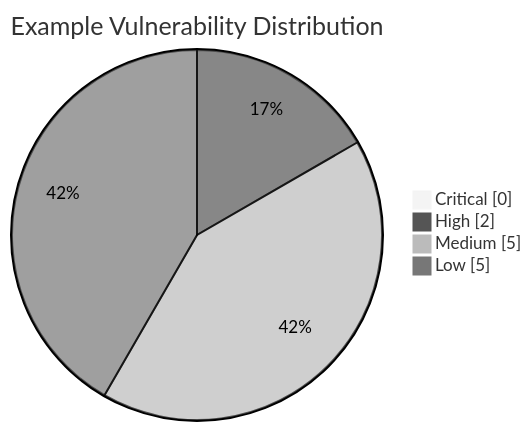
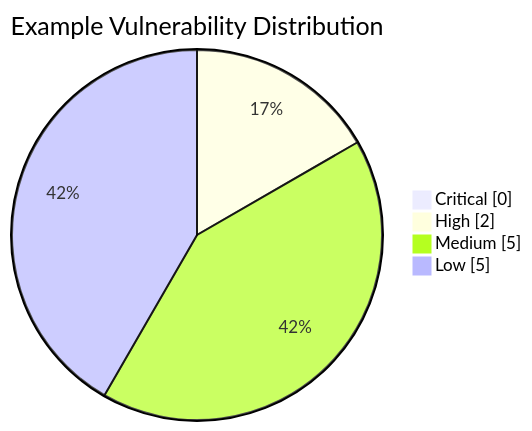
The seventh of 8 diagrams in README.md (sylvester-francis/Sentry), drawn with Mermaid before and after one commit. The commit also changed other lines of this file, not shown here.

````diff
--- a/README.md
+++ b/README.md
@@ -499,9 +494,8 @@
 ```mermaid
-%%{init: {'theme': 'neutral'}}%%
 pie showData
     title Example Vulnerability Distribution
     "Critical" : 0
     "High" : 2
     "Medium" : 5
     "Low" : 5
 ```
````
